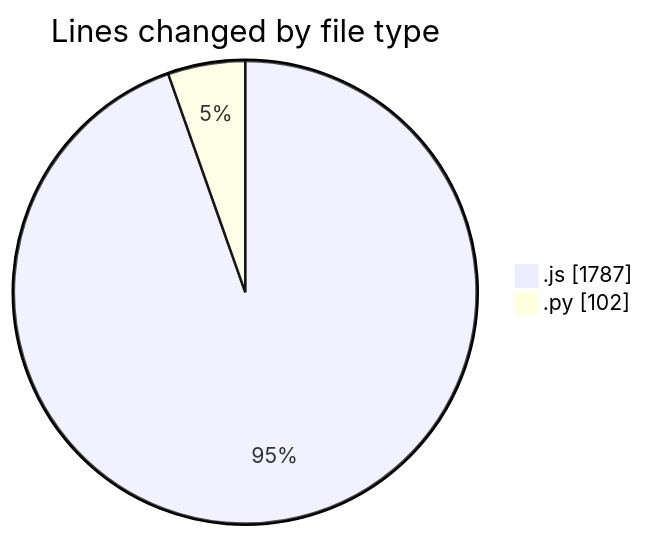
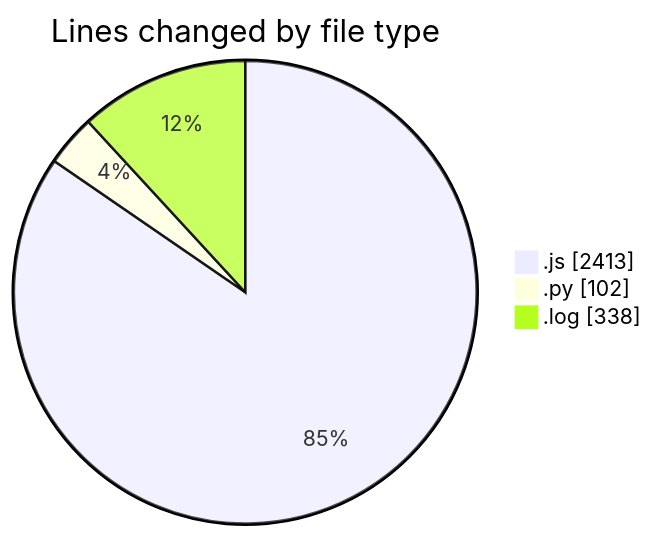
The first of 2 diagrams in 2025-04-16/nxtqube_webapp/README.md (nxtqubesakshisongat/code-tracking), drawn with Mermaid before and after one commit. The commit also changed other lines of this file and 1 other file, not shown here.

````diff
--- a/2025-04-16/nxtqube_webapp/README.md
+++ b/2025-04-16/nxtqube_webapp/README.md
@@ -22,6 +23,7 @@
 ```mermaid
 pie showData
 title Lines changed by file type
-".js" : 1787
+".js" : 2413
 ".py" : 102
+".log" : 338
 ```
````
